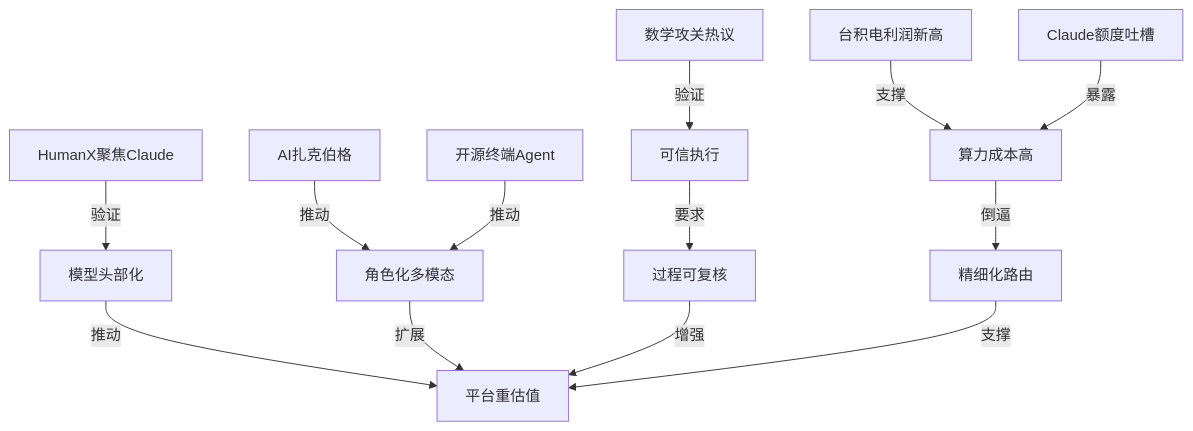
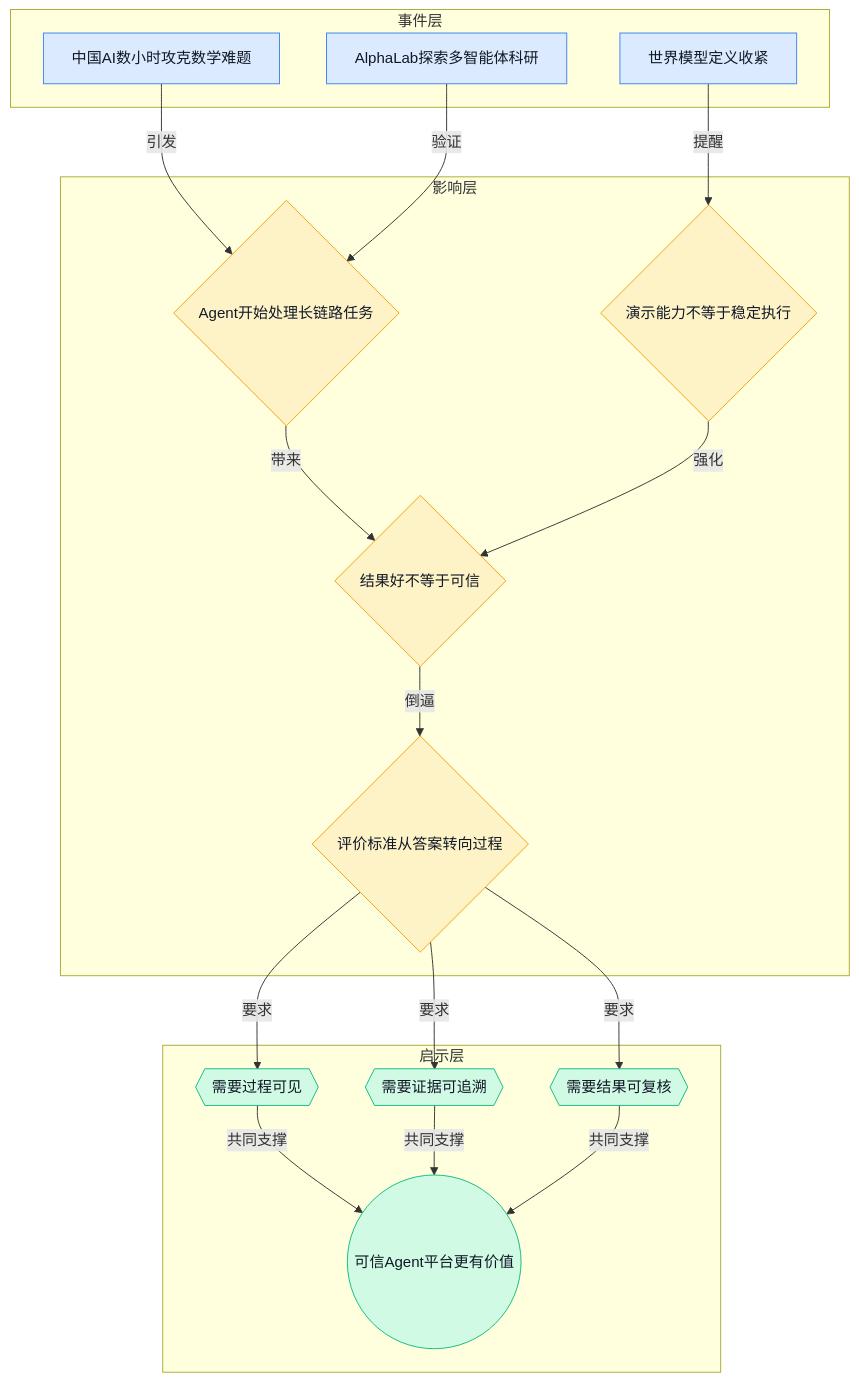
The first of 4 diagrams in content/cn/blog/weekly/2026-W16.md (ylzsdafei/ai-daily-site), drawn with Mermaid before and after one commit. The commit also changed other lines of this file, not shown here.

Commit message:
feat: 升级 Mermaid 图谱 — 分层着色流程图 + 趋势思维导图

````diff
--- a/content/cn/blog/weekly/2026-W16.md
+++ b/content/cn/blog/weekly/2026-W16.md
@@ -99,15 +27,39 @@
 ```mermaid
 graph TD
-A[可信执行] -->|要求| B[过程可复核]
-C[模型头部化] -->|推动| D[平台重估值]
-E[算力成本高] -->|倒逼| F[精细化路由]
-G[角色化多模态] -->|扩展| D
-H[数学攻关热议] -->|验证| A
-I[HumanX聚焦Claude] -->|验证| C
-J[台积电利润新高] -->|支撑| E
-K[Claude额度吐槽] -->|暴露| E
-L[AI扎克伯格] -->|推动| G
-M[开源终端Agent] -->|推动| G
-B -->|增强| D
-F -->|支撑| D
+  classDef event fill:#dbeafe,stroke:#3b82f6,color:#111827;
+  classDef impact fill:#fef3c7,stroke:#f59e0b,color:#111827;
+  classDef insight fill:#d1fae5,stroke:#10b981,color:#111827;
+
+  subgraph 事件层
+    A[中国AI数小时攻克数学难题]:::event
+    B[AlphaLab探索多智能体科研]:::event
+    C[世界模型定义收紧]:::event
+  end
+
+  subgraph 影响层
+    D{Agent开始处理长链路任务}:::impact
+    E{结果好不等于可信}:::impact
+    F{演示能力不等于稳定执行}:::impact
+    G{评价标准从答案转向过程}:::impact
+  end
+
+  subgraph 启示层
+    H{{需要过程可见}}:::insight
+    I{{需要证据可追溯}}:::insight
+    J{{需要结果可复核}}:::insight
+    K((可信Agent平台更有价值)):::insight
+  end
+
+  A -->|引发| D
+  B -->|验证| D
+  C -->|提醒| F
+  D -->|带来| E
+  F -->|强化| E
+  E -->|倒逼| G
+  G -->|要求| H
+  G -->|要求| I
+  G -->|要求| J
+  H -->|共同支撑| K
+  I -->|共同支撑| K
+  J -->|共同支撑| K
 ```
````
